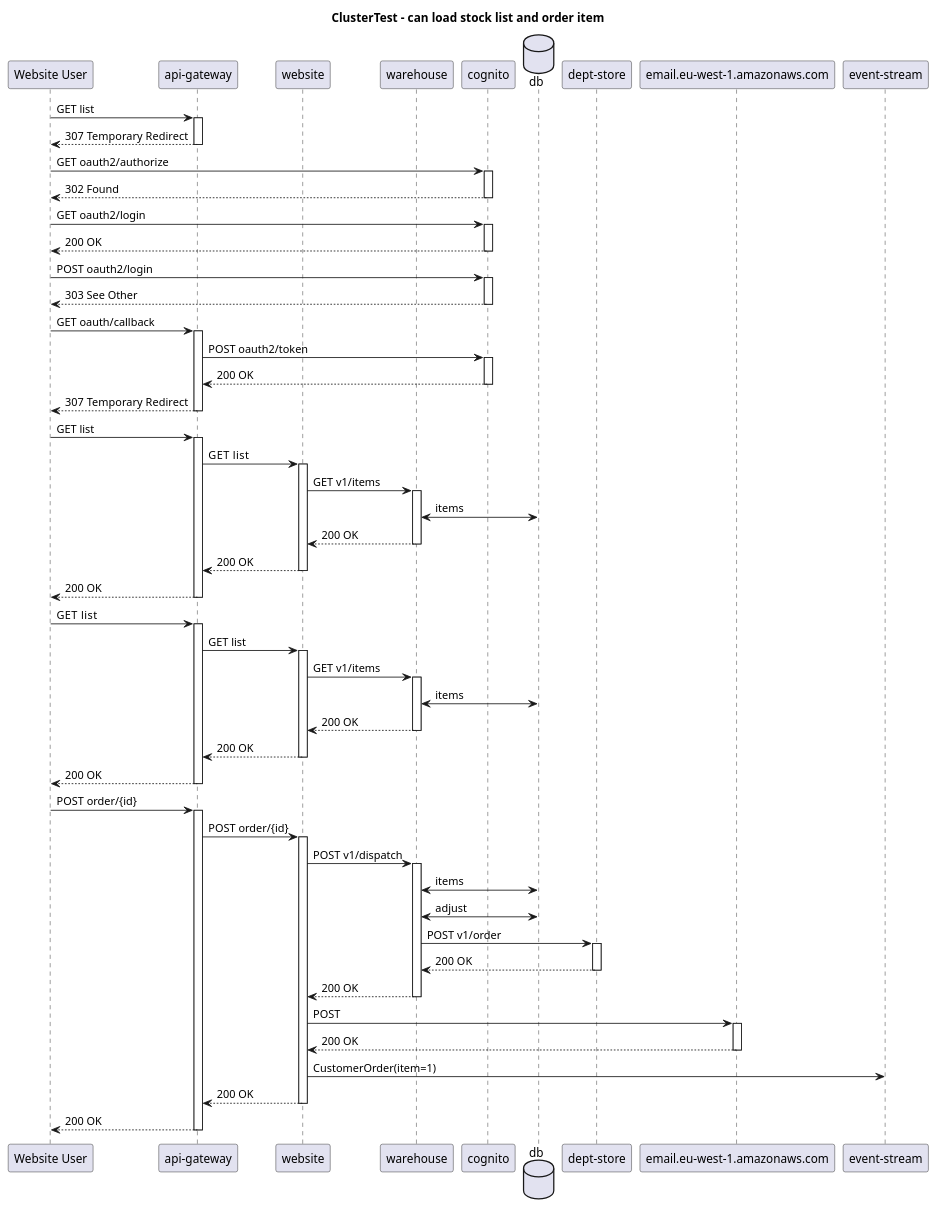
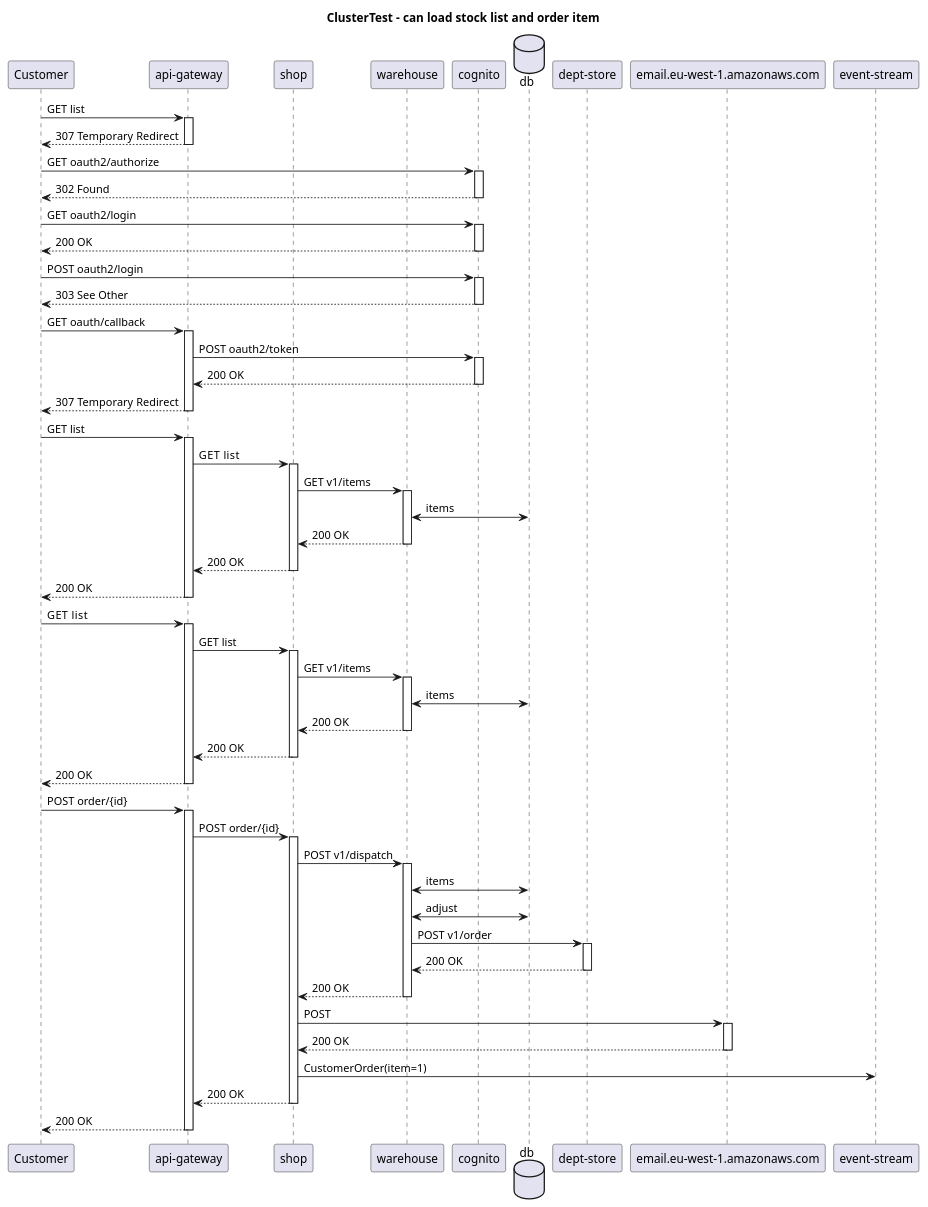
The diagram in .presentation/.generated/ClusterTest - can load stock list and order item - Sequence.puml (http4k/exploring-the-testing-hyperpyramid), drawn with PlantUML before and after one commit. The commit also changed 9 other files, not shown here.

Commit message:
rework diagrams

```diff
--- a/.presentation/.generated/ClusterTest - can load stock list and order item - Sequence.puml
+++ b/.presentation/.generated/ClusterTest - can load stock list and order item - Sequence.puml
@@ -1,92 +1,92 @@
 @startuml
 title ClusterTest - can load stock list and order item
-participant "Website User"
+participant "Customer"
 participant "api-gateway"
-participant "website"
+participant "shop"
 participant "warehouse"
 participant "cognito"
 database "db"
 participant "dept-store"
 participant "email.eu-west-1.amazonaws.com"
 participant "event-stream"
-"Website User" -> "api-gateway": GET list
+"Customer" -> "api-gateway": GET list
 activate "api-gateway"
 
-"api-gateway" --> "Website User": 307 Temporary Redirect
+"api-gateway" --> "Customer": 307 Temporary Redirect
 deactivate "api-gateway"
-"Website User" -> "cognito": GET oauth2/authorize
+"Customer" -> "cognito": GET oauth2/authorize
 activate "cognito"
 
-"cognito" --> "Website User": 302 Found
+"cognito" --> "Customer": 302 Found
 deactivate "cognito"
-"Website User" -> "cognito": GET oauth2/login
+"Customer" -> "cognito": GET oauth2/login
 activate "cognito"
 
-"cognito" --> "Website User": 200 OK
+"cognito" --> "Customer": 200 OK
 deactivate "cognito"
-"Website User" -> "cognito": POST oauth2/login
+"Customer" -> "cognito": POST oauth2/login
 activate "cognito"
 
-"cognito" --> "Website User": 303 See Other
+"cognito" --> "Customer": 303 See Other
 deactivate "cognito"
-"Website User" -> "api-gateway": GET oauth/callback
+"Customer" -> "api-gateway": GET oauth/callback
 activate "api-gateway"
 "api-gateway" -> "cognito": POST oauth2/token
 activate "cognito"
 
 "cognito" --> "api-gateway": 200 OK
 deactivate "cognito"
-"api-gateway" --> "Website User": 307 Temporary Redirect
+"api-gateway" --> "Customer": 307 Temporary Redirect
 deactivate "api-gateway"
-"Website User" -> "api-gateway": GET list
+"Customer" -> "api-gateway": GET list
 activate "api-gateway"
-"api-gateway" -> "website": GET  list
-activate "website"
-"website" -> "warehouse": GET v1/items
+"api-gateway" -> "shop": GET  list
+activate "shop"
+"shop" -> "warehouse": GET v1/items
 activate "warehouse"
 "warehouse" <-> "db": items
-"warehouse" --> "website": 200 OK
+"warehouse" --> "shop": 200 OK
 deactivate "warehouse"
-"website" --> "api-gateway": 200 OK
-deactivate "website"
-"api-gateway" --> "Website User": 200 OK
+"shop" --> "api-gateway": 200 OK
+deactivate "shop"
+"api-gateway" --> "Customer": 200 OK
 deactivate "api-gateway"
-"Website User" -> "api-gateway": GET  list
+"Customer" -> "api-gateway": GET  list
 activate "api-gateway"
-"api-gateway" -> "website": GET list
-activate "website"
-"website" -> "warehouse": GET v1/items
+"api-gateway" -> "shop": GET list
+activate "shop"
+"shop" -> "warehouse": GET v1/items
 activate "warehouse"
 "warehouse" <-> "db": items
-"warehouse" --> "website": 200 OK
+"warehouse" --> "shop": 200 OK
 deactivate "warehouse"
-"website" --> "api-gateway": 200 OK
-deactivate "website"
-"api-gateway" --> "Website User": 200 OK
+"shop" --> "api-gateway": 200 OK
+deactivate "shop"
+"api-gateway" --> "Customer": 200 OK
 deactivate "api-gateway"
-"Website User" -> "api-gateway": POST order/{id}
+"Customer" -> "api-gateway": POST order/{id}
 activate "api-gateway"
-"api-gateway" -> "website": POST order/{id}
-activate "website"
-"website" -> "warehouse": POST v1/dispatch
+"api-gateway" -> "shop": POST order/{id}
+activate "shop"
+"shop" -> "warehouse": POST v1/dispatch
 activate "warehouse"
 "warehouse" <-> "db": items
 "warehouse" <-> "db": adjust
 "warehouse" -> "dept-store": POST v1/order
 activate "dept-store"
 
 "dept-store" --> "warehouse": 200 OK
 deactivate "dept-store"
-"warehouse" --> "website": 200 OK
+"warehouse" --> "shop": 200 OK
 deactivate "warehouse"
-"website" -> "email.eu-west-1.amazonaws.com": POST 
+"shop" -> "email.eu-west-1.amazonaws.com": POST
 activate "email.eu-west-1.amazonaws.com"
 
-"email.eu-west-1.amazonaws.com" --> "website": 200 OK
+"email.eu-west-1.amazonaws.com" --> "shop": 200 OK
 deactivate "email.eu-west-1.amazonaws.com"
-"website" -> "event-stream": CustomerOrder(item=1)
-"website" --> "api-gateway": 200 OK
-deactivate "website"
-"api-gateway" --> "Website User": 200 OK
+"shop" -> "event-stream": CustomerOrder(item=1)
+"shop" --> "api-gateway": 200 OK
+deactivate "shop"
+"api-gateway" --> "Customer": 200 OK
 deactivate "api-gateway"
 @enduml
```
